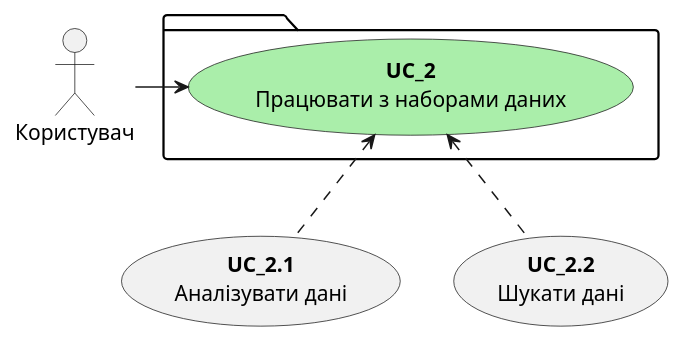
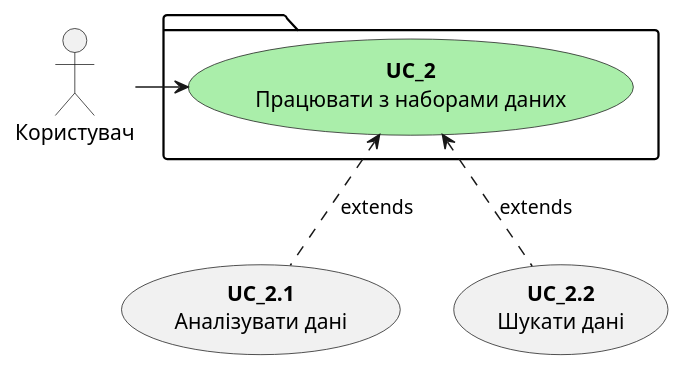
One commit to anrikolo/obd changed the diagram in src/uml/USER_1.puml. Above: the diagram before and after it, drawn with PlantUML.

```diff
--- a/src/uml/USER_1.puml
+++ b/src/uml/USER_1.puml
@@ -1,13 +1,13 @@
 @startuml
 package {
         usecase "<b>UC_2</b>\nПрацювати з наборами даних" as UC_2 #aaeeaa
     }
     
     usecase "<b>UC_2.1</b>\nАналізувати дані" as UC_2.1
     usecase "<b>UC_2.2</b>\nШукати дані" as UC_2.2
 
-    UC_2.1 .u.> UC_2
-    UC_2.2 .u.> UC_2
+    UC_2.1 .u.> UC_2: extends
+    UC_2.2 .u.> UC_2: extends
 
     Користувач -> UC_2
 @enduml
```
